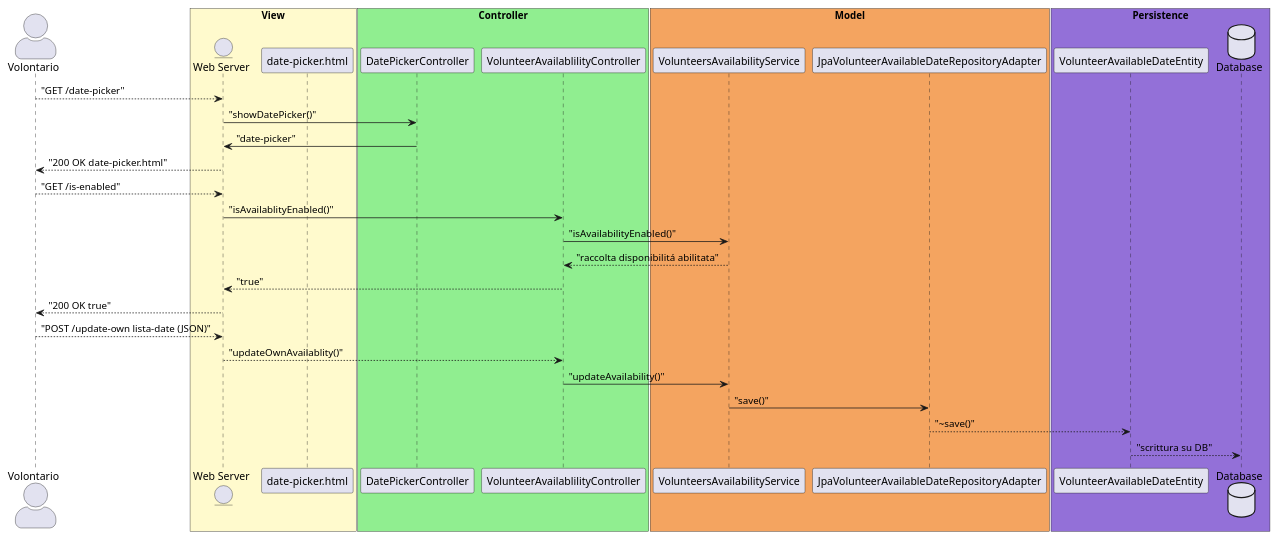
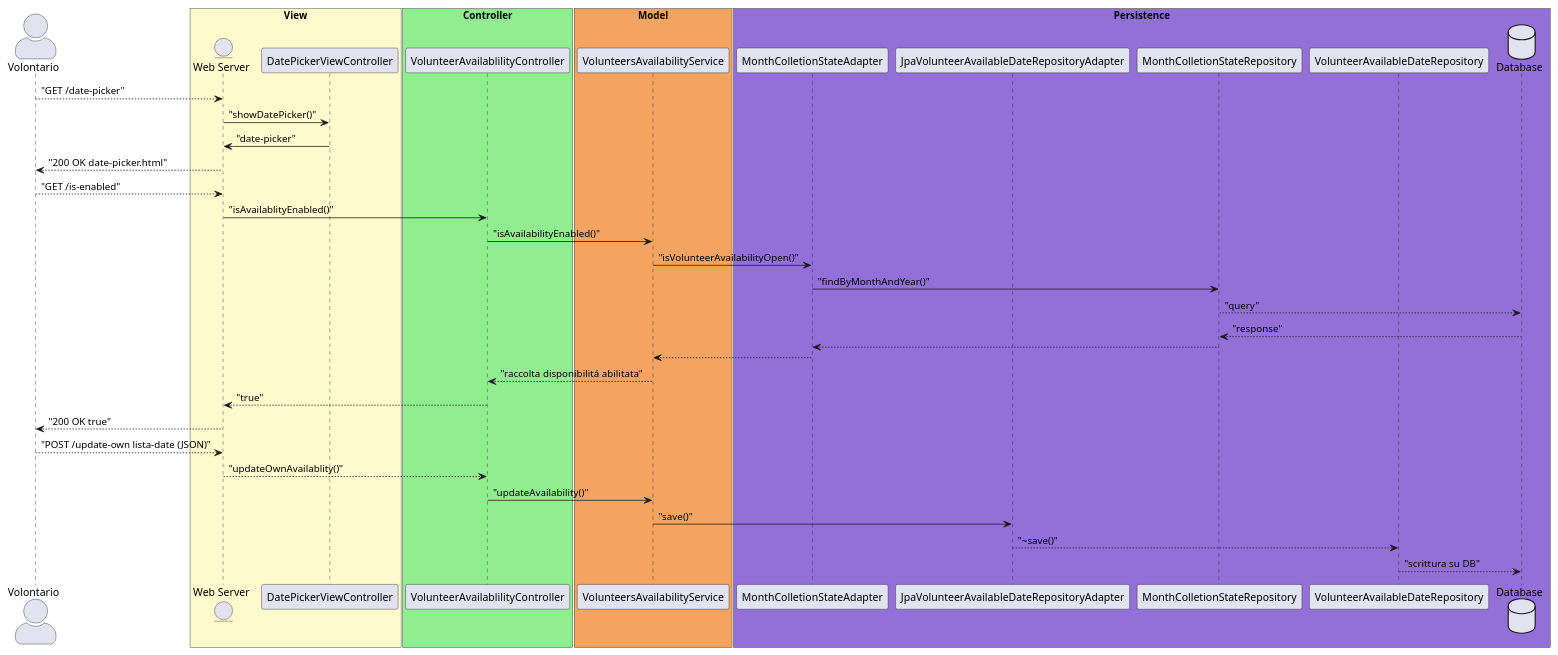
The diagram in doc/Presentazione/Diagramma_sequenza/ssd_diagram.puml (LDolzanelli/progettoIngegneria), drawn with PlantUML before and after one commit. The commit also changed 9 other files, not shown here.

```diff
--- a/doc/Presentazione/Diagramma_sequenza/ssd_diagram.puml
+++ b/doc/Presentazione/Diagramma_sequenza/ssd_diagram.puml
@@ -1,43 +1,49 @@
 @startuml
 skinparam actorStyle awesome
 
 actor Volontario as volunteer
 box "View" #LemonChiffon
 entity "Web Server" as webServer
-participant "date-picker.html" as datepicker
+participant DatePickerViewController as dpController
 end box
 box "Controller" #lightgreen
-participant DatePickerController as dpController
+
 participant VolunteerAvailablilityController as vaController
-'participant VolunteerAvailabilityControlUseCase as vacUseCase
 end box
 box "Model" #sandybrown
 participant VolunteersAvailabilityService as vaService
-'participant VolunteerAvailableDateRepositoryPort as vadRepositoryPort
-'participant JpaVolunteerAvailableDateRepositoryPort as jpadRepositoryPort'
-participant JpaVolunteerAvailableDateRepositoryAdapter as jpadRepositoryAdapter
+
 end box
 
 box "Persistence" #mediumpurple
-'participant VolunteerAvailableDateRepositoryRepository as vadRepository
-participant VolunteerAvailableDateEntity as vadEntity
+participant MonthColletionStateAdapter as mcsAdapter
+participant JpaVolunteerAvailableDateRepositoryAdapter as jpadRepositoryAdapter
+participant MonthColletionStateRepository as mcsRepository
+participant VolunteerAvailableDateRepository as vadRepository
 database Database as db
 end box
 
 volunteer --> webServer : "GET /date-picker"
 webServer -> dpController : "showDatePicker()"
 dpController -> webServer : "date-picker"
 webServer --> volunteer : "200 OK date-picker.html"
 volunteer --> webServer : "GET /is-enabled"
 webServer -> vaController : "isAvailablityEnabled()"
 vaController -> vaService : "isAvailabilityEnabled()"
+vaService -> mcsAdapter : "isVolunteerAvailabilityOpen()"
+mcsAdapter -> mcsRepository : "findByMonthAndYear()"
+mcsRepository --> db : "query"
+db --> mcsRepository : "response"
+mcsRepository --> mcsAdapter
+mcsAdapter --> vaService
 vaService --> vaController : "raccolta disponibilitá abilitata"
 vaController --> webServer : "true"
 webServer --> volunteer : "200 OK true"
+
 volunteer --> webServer : "POST /update-own lista-date (JSON)"
 webServer --> vaController : "updateOwnAvailablity()"
 vaController -> vaService : "updateAvailability()"
 vaService -> jpadRepositoryAdapter : "save()"
-jpadRepositoryAdapter --> vadEntity : "~save()"
-vadEntity --> db : "scrittura su DB"
+jpadRepositoryAdapter --> vadRepository : "~save()"
+vadRepository --> db : "scrittura su DB"
 @enduml
```
